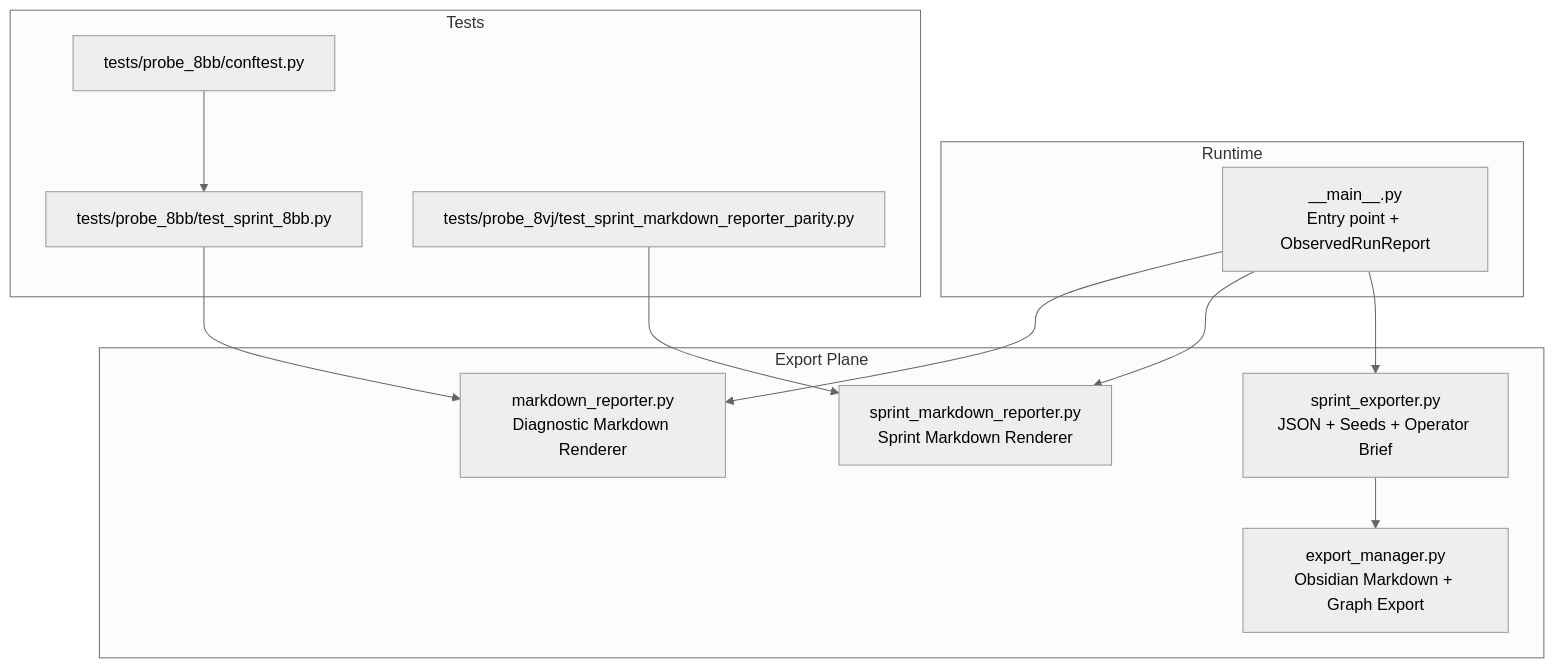
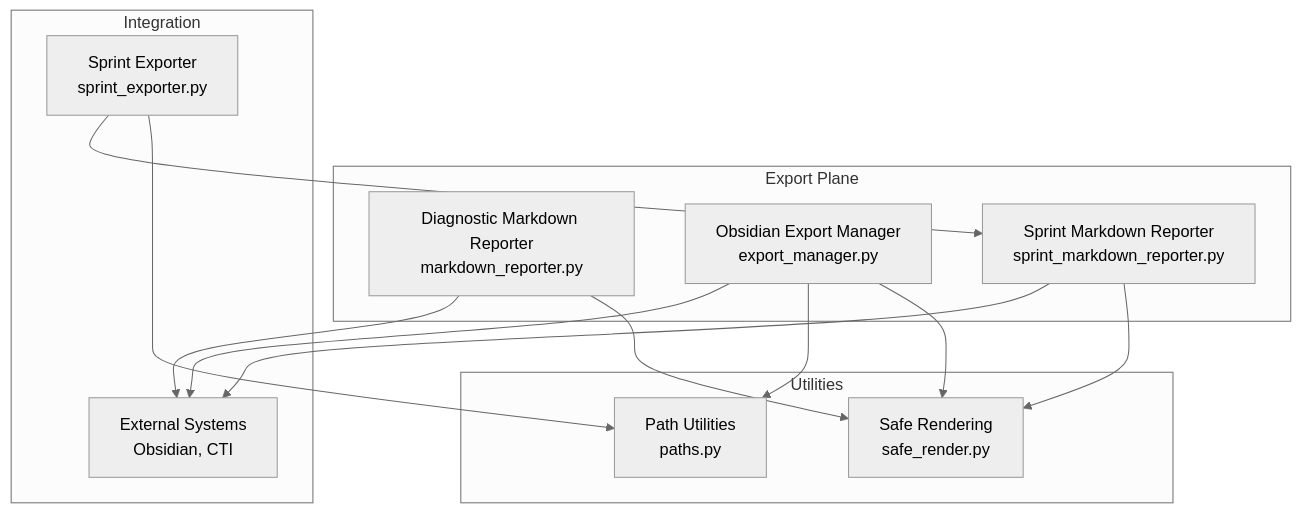
The first of 6 diagrams in .qoder/repowiki/en/content/Export and Reporting/Markdown Reporting.md (Hamulda/hledac-universal), drawn with Mermaid (neutral theme) before and after one commit. The commit also changed other lines of this file and 236 other files, not shown here.

````diff
--- a/.qoder/repowiki/en/content/Export and Reporting/Markdown Reporting.md
+++ b/.qoder/repowiki/en/content/Export and Reporting/Markdown Reporting.md
@@ -45,24 +42,25 @@
 ```mermaid
 graph TB
 subgraph "Export Plane"
-MR["markdown_reporter.py<br/>Diagnostic Markdown Renderer"]
-SR["sprint_markdown_reporter.py<br/>Sprint Markdown Renderer"]
-EM["export_manager.py<br/>Obsidian Markdown + Graph Export"]
-SE["sprint_exporter.py<br/>JSON + Seeds + Operator Brief"]
+DM["Diagnostic Markdown Reporter<br/>markdown_reporter.py"]
+EM["Obsidian Export Manager<br/>export_manager.py"]
+SMR["Sprint Markdown Reporter<br/>sprint_markdown_reporter.py"]
 end
-subgraph "Runtime"
-MAIN["__main__.py<br/>Entry point + ObservedRunReport"]
+subgraph "Utilities"
+SR["Safe Rendering<br/>safe_render.py"]
+PATHS["Path Utilities<br/>paths.py"]
 end
-subgraph "Tests"
-T8BB["tests/probe_8bb/test_sprint_8bb.py"]
-T8VJ["tests/probe_8vj/test_sprint_markdown_reporter_parity.py"]
-FIX["tests/probe_8bb/conftest.py"]
+subgraph "Integration"
+SE["Sprint Exporter<br/>sprint_exporter.py"]
+EX["External Systems<br/>Obsidian, CTI"]
 end
-MAIN --> MR
-MAIN --> SR
-MAIN --> SE
-SE --> EM
-T8BB --> MR
-T8VJ --> SR
-FIX --> T8BB
+DM --> SR
+EM --> SR
+SMR --> SR
+EM --> PATHS
+SE --> PATHS
+SE --> SMR
+DM --> EX
+EM --> EX
+SMR --> EX
 ```
````
